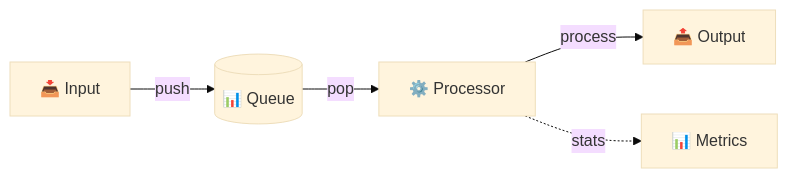
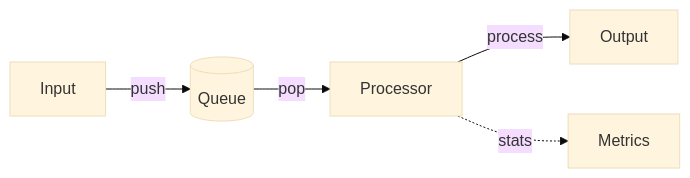
One commit to YearsAlso/zoo-framework-doc changed the fourth of 7 diagrams in docs/zh/core/worker.md. Above: the diagram before and after it, drawn with Mermaid (base theme). The commit also changed other lines of this file and 24 other files, not shown here.

First line of the commit message:
docs(site): 站点正式化与内容严肃化，附 bench 报告截图

````diff
--- a/docs/zh/core/worker.md
+++ b/docs/zh/core/worker.md
@@ -305,7 +305,7 @@
 ```mermaid
 flowchart LR
-    A[📥 Input] -->|push| B[(📊 Queue)]
-    B -->|pop| C[⚙️ Processor]
-    C -->|process| D[📤 Output]
-    C -.->|stats| E[📊 Metrics]
+    A[ Input] -->|push| B[( Queue)]
+    B -->|pop| C[ Processor]
+    C -->|process| D[ Output]
+    C -.->|stats| E[ Metrics]
 ```
````
